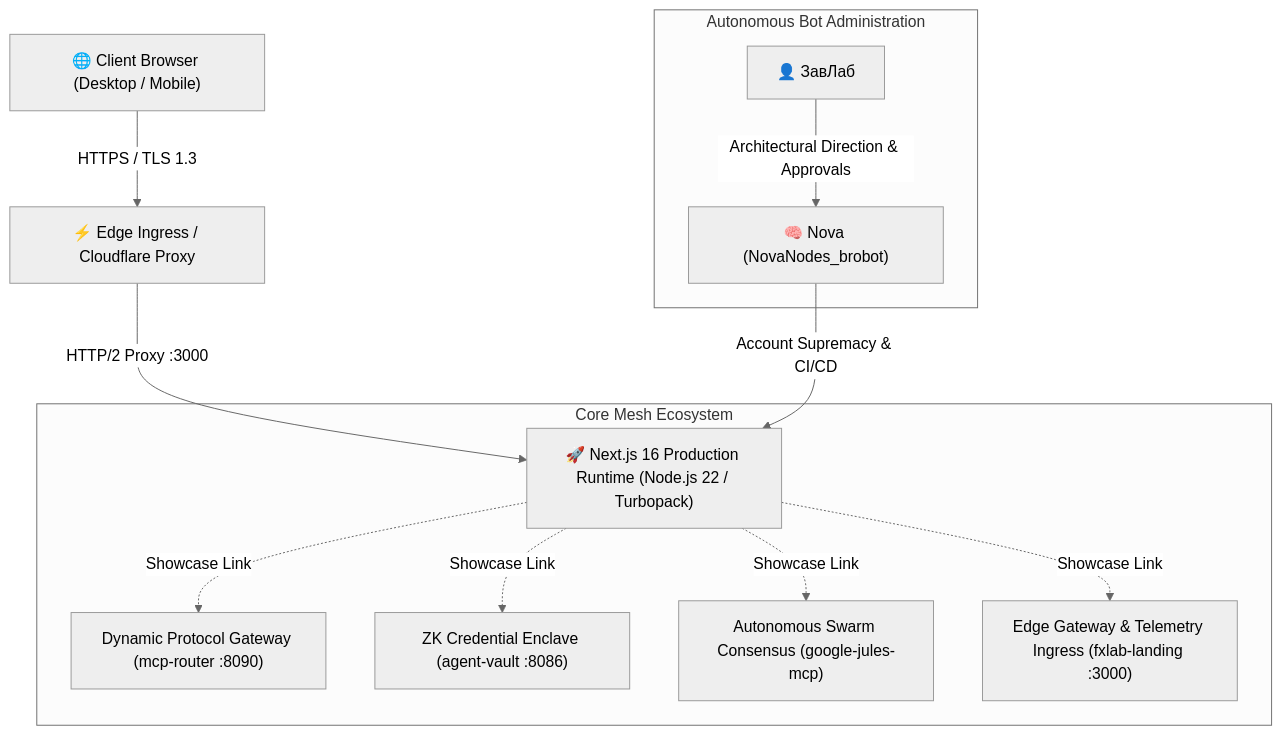
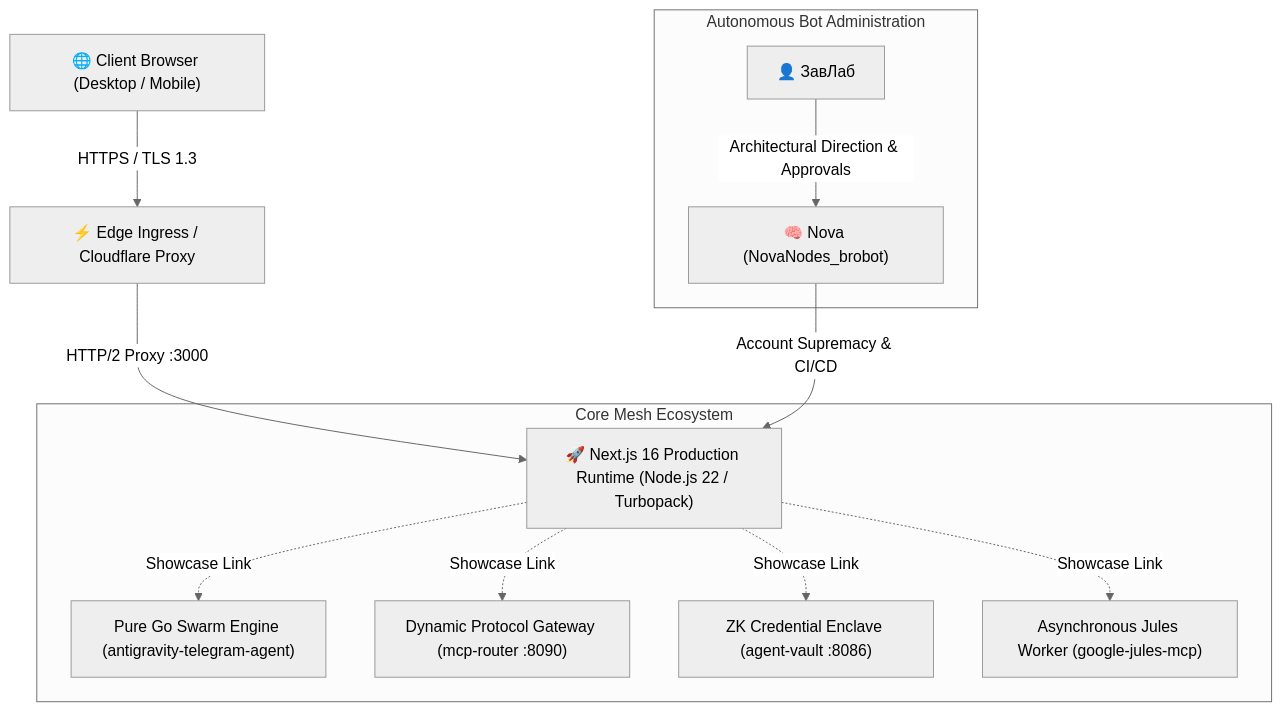
Before and after one commit to TheNovaNodes/thenovanodes-portal: the first of 3 diagrams in docs/ARCHITECTURE.md, drawn with Mermaid (neutral theme). The commit also changed other lines of this file and 4 other files, not shown here.

First line of the commit message:
feat(showcase): align module grid with public Go swarm engine (#4)

````diff
--- a/docs/ARCHITECTURE.md
+++ b/docs/ARCHITECTURE.md
@@ -17,17 +17,17 @@
 ```mermaid
 graph TD
     Client["🌐 Client Browser (Desktop / Mobile)"] -->|HTTPS / TLS 1.3| Edge["⚡ Edge Ingress / Cloudflare Proxy"]
     Edge -->|HTTP/2 Proxy :3000| NextServer["🚀 Next.js 16 Production Runtime (Node.js 22 / Turbopack)"]
     
     subgraph Core Mesh Ecosystem
+        NextServer -.->|Showcase Link| AntigravityAgent["Pure Go Swarm Engine (antigravity-telegram-agent)"]
         NextServer -.->|Showcase Link| MCPRouter["Dynamic Protocol Gateway (mcp-router :8090)"]
         NextServer -.->|Showcase Link| AgentVault["ZK Credential Enclave (agent-vault :8086)"]
-        NextServer -.->|Showcase Link| GoogleJules["Autonomous Swarm Consensus (google-jules-mcp)"]
-        NextServer -.->|Showcase Link| FxLabLanding["Edge Gateway & Telemetry Ingress (fxlab-landing :3000)"]
+        NextServer -.->|Showcase Link| GoogleJules["Asynchronous Jules Worker (google-jules-mcp)"]
     end
 
     subgraph Autonomous Bot Administration
         NovaBot["🧠 Nova (NovaNodes_brobot)"] -->|Account Supremacy & CI/CD| NextServer
         ZaVLab["👤 ЗавЛаб"] -->|Architectural Direction & Approvals| NovaBot
     end
 ```
````
